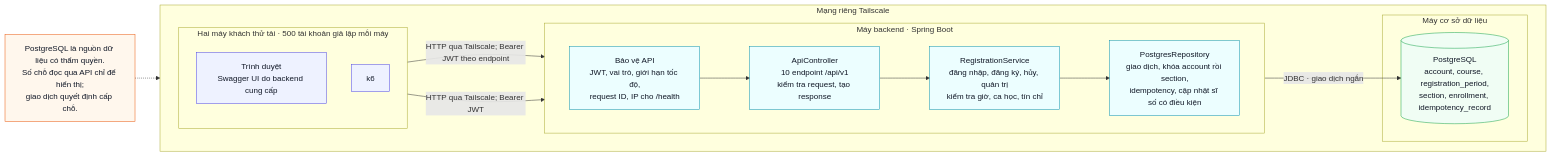
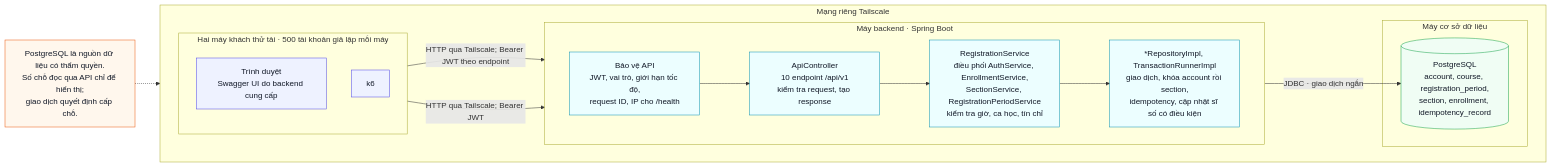
Before and after one commit to KidouNguyen25/VNU-dangkyhocphan-premium: the diagram in docs/diagrams/kien-truc.mmd, drawn with Mermaid. The commit also changed 3 other files, not shown here.

First line of the commit message:
docs: chuẩn hóa mô tả cấu trúc mã nguồn sau khi bỏ PostgresRepository

```diff
--- a/docs/diagrams/kien-truc.mmd
+++ b/docs/diagrams/kien-truc.mmd
@@ -1,39 +1,39 @@
 flowchart LR
     subgraph TS["Mạng riêng Tailscale"]
         direction LR
 
         subgraph CLIENTS["Hai máy khách thử tải · 500 tài khoản giả lập mỗi máy"]
             direction TB
             SW["Trình duyệt<br/>Swagger UI do backend cung cấp"]
             K6["k6"]
         end
 
         subgraph APP["Máy backend · Spring Boot"]
             direction LR
             SEC["Bảo vệ API<br/>JWT, vai trò, giới hạn tốc độ,<br/>request ID, IP cho /health"]
             API["ApiController<br/>10 endpoint /api/v1<br/>kiểm tra request, tạo response"]
-            DOMAIN["RegistrationService<br/>đăng nhập, đăng ký, hủy, quản trị<br/>kiểm tra giờ, ca học, tín chỉ"]
-            DATA["PostgresRepository<br/>giao dịch, khóa account rồi section,<br/>idempotency, cập nhật sĩ số có điều kiện"]
+            DOMAIN["RegistrationService<br/>điều phối AuthService, EnrollmentService,<br/>SectionService, RegistrationPeriodService<br/>kiểm tra giờ, ca học, tín chỉ"]
+            DATA["*RepositoryImpl, TransactionRunnerImpl<br/>giao dịch, khóa account rồi section,<br/>idempotency, cập nhật sĩ số có điều kiện"]
         end
 
         subgraph DBHOST["Máy cơ sở dữ liệu"]
             PG[("PostgreSQL<br/>account, course, registration_period,<br/>section, enrollment, idempotency_record")]
         end
     end
 
     SW -->|HTTP qua Tailscale; Bearer JWT theo endpoint| SEC
     K6 -->|HTTP qua Tailscale; Bearer JWT| SEC
     SEC --> API --> DOMAIN --> DATA
     DATA -->|JDBC · giao dịch ngắn| PG
 
     NOTE["PostgreSQL là nguồn dữ liệu có thẩm quyền.<br/>Số chỗ đọc qua API chỉ để hiển thị;<br/>giao dịch quyết định cấp chỗ."]
     NOTE -.-> PG
 
     classDef client fill:#eef2ff,stroke:#4f46e5,color:#111827
     classDef app fill:#ecfeff,stroke:#0891b2,color:#111827
     classDef database fill:#f0fdf4,stroke:#16a34a,color:#111827
     classDef note fill:#fff7ed,stroke:#ea580c,color:#111827
     class SW,K6 client
     class SEC,API,DOMAIN,DATA app
     class PG database
     class NOTE note
```
